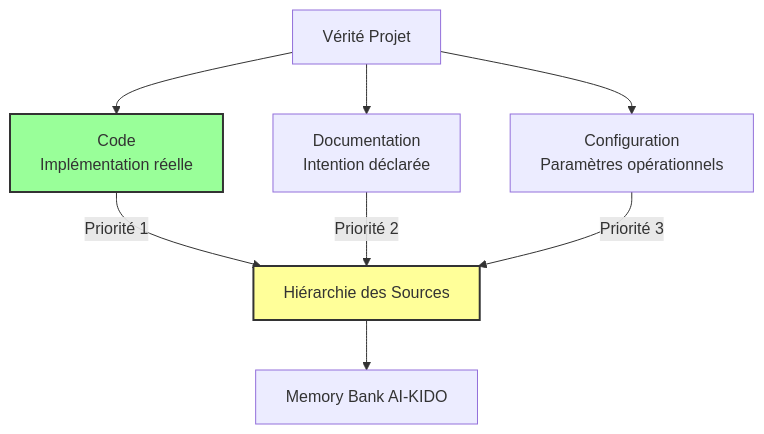
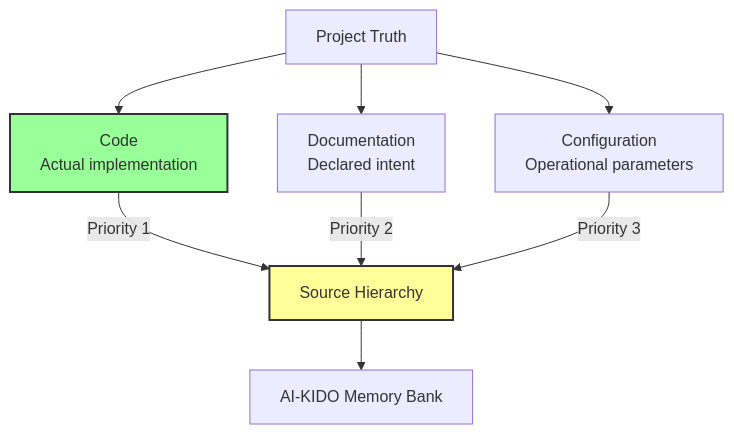
Before and after one commit to lcalmejane/aikido: the first of 2 diagrams in prompts/gen/concepts/analyse-projet.md, drawn with Mermaid. The commit also changed other lines of this file and 159 other files, not shown here.

````diff
--- a/prompts/gen/concepts/analyse-projet.md
+++ b/prompts/gen/concepts/analyse-projet.md
@@ -24,15 +24,15 @@
 ```mermaid
 graph TD
-    TRUTH[Vérité Projet] --> CODE[Code<br/>Implémentation réelle]
-    TRUTH --> DOCS[Documentation<br/>Intention déclarée]
-    TRUTH --> CONFIG[Configuration<br/>Paramètres opérationnels]
+    TRUTH[Project Truth] --> CODE[Code<br/>Actual implementation]
+    TRUTH --> DOCS[Documentation<br/>Declared intent]
+    TRUTH --> CONFIG[Configuration<br/>Operational parameters]
 
-    CODE -->|Priorité 1| HIERARCHY
-    DOCS -->|Priorité 2| HIERARCHY
-    CONFIG -->|Priorité 3| HIERARCHY
+    CODE -->|Priority 1| HIERARCHY
+    DOCS -->|Priority 2| HIERARCHY
+    CONFIG -->|Priority 3| HIERARCHY
 
-    HIERARCHY[Hiérarchie des Sources] --> MB[Memory Bank AI-KIDO]
+    HIERARCHY[Source Hierarchy] --> MB[AI-KIDO Memory Bank]
 
     style CODE fill:#9f9,stroke:#333,stroke-width:2px
     style HIERARCHY fill:#ff9,stroke:#333,stroke-width:2px
 ```
````
